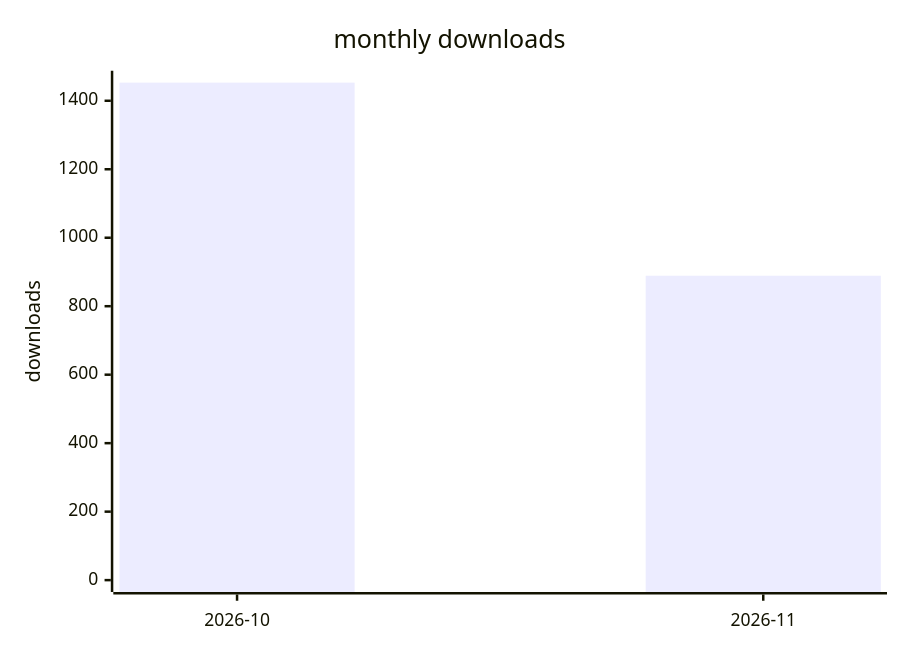
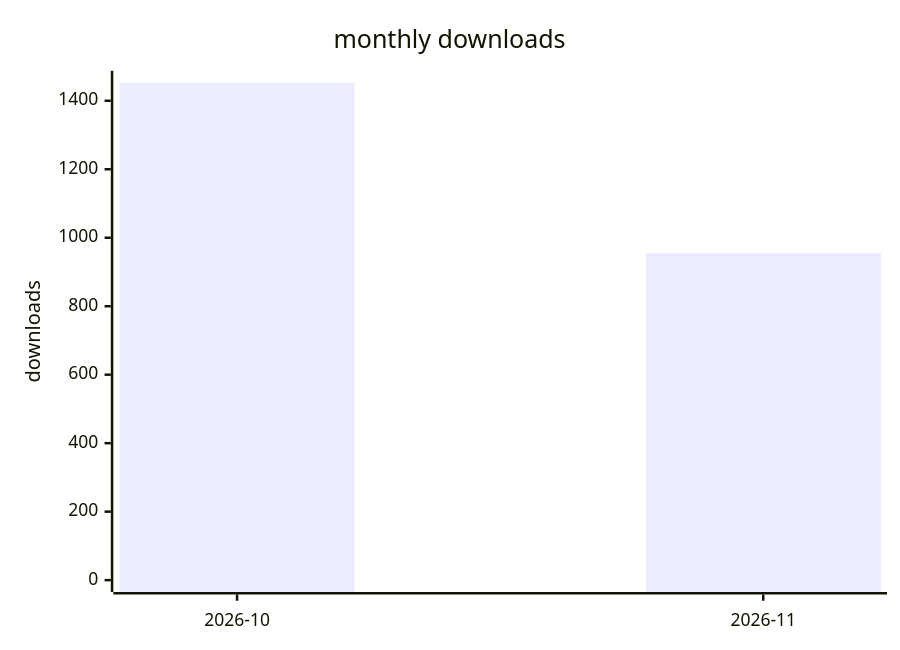
The second of 2 diagrams in docs/downloads-2026.md (terry2010/dsh-loop-recover), drawn with Mermaid before and after one commit. The commit also changed other lines of this file and 1 other file, not shown here.

````diff
--- a/docs/downloads-2026.md
+++ b/docs/downloads-2026.md
@@ -29,7 +29,7 @@
 ```mermaid
 xychart-beta
     title "monthly downloads"
     x-axis ["2026-10", "2026-11"]
     y-axis "downloads" 0 --> 1453
-    bar [1453, 889]
+    bar [1453, 955]
 ```
````
